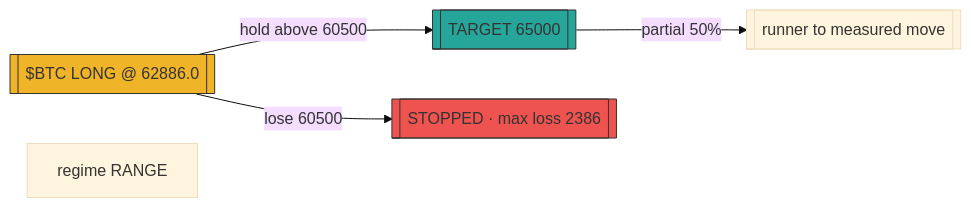
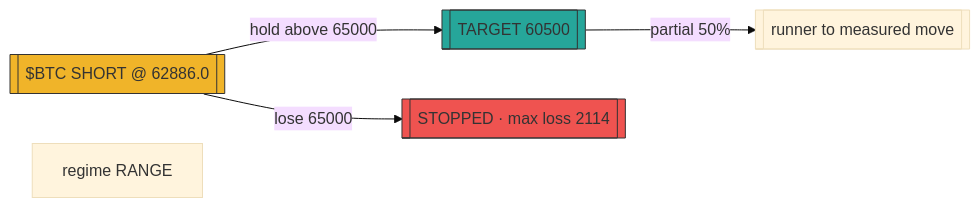
Before and after one commit to prx0r/BEAR: the diagram in astronomer/data/proveout_posts_astronomer_zero/2062342237816783004.mmd, drawn with Mermaid (base theme). The commit also changed 586 other files, not shown here.

```diff
--- a/astronomer/data/proveout_posts_astronomer_zero/2062342237816783004.mmd
+++ b/astronomer/data/proveout_posts_astronomer_zero/2062342237816783004.mmd
@@ -1,9 +1,9 @@
 flowchart LR
-    sig[["$BTC LONG @ 62886.0"]]
-    sig -->|"hold above 60500"| tgt[["TARGET 65000"]]
-    sig -->|"lose 60500"| stp[["STOPPED · max loss 2386"]]
+    sig[["$BTC SHORT @ 62886.0"]]
+    sig -->|"hold above 65000"| tgt[["TARGET 60500"]]
+    sig -->|"lose 65000"| stp[["STOPPED · max loss 2114"]]
     tgt -->|"partial 50%"| t2[["runner to measured move"]]
     style sig fill:#f0b429,stroke:#333
     style tgt fill:#26a69a,stroke:#333
     style stp fill:#ef5350,stroke:#333
     sub["regime RANGE" ]
```
